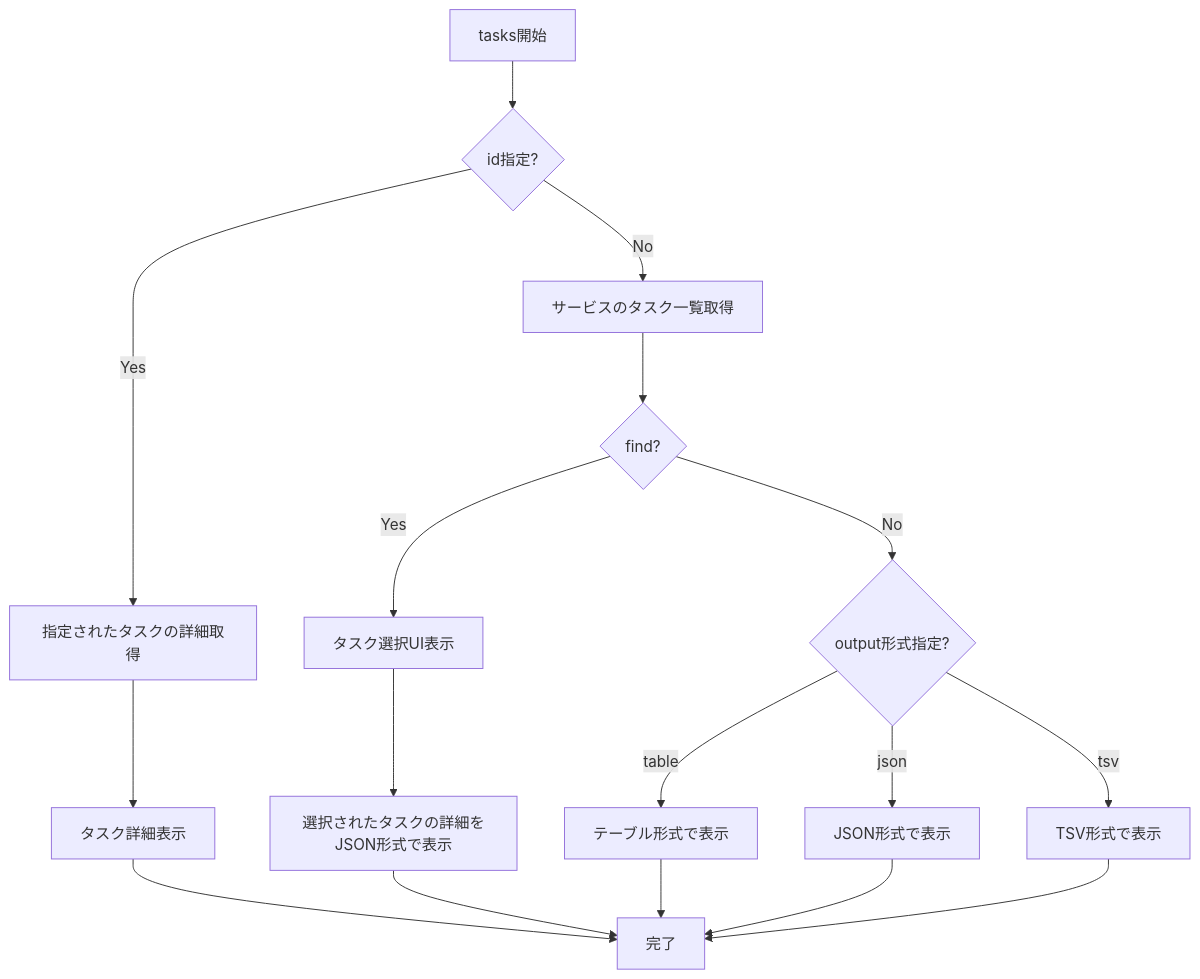
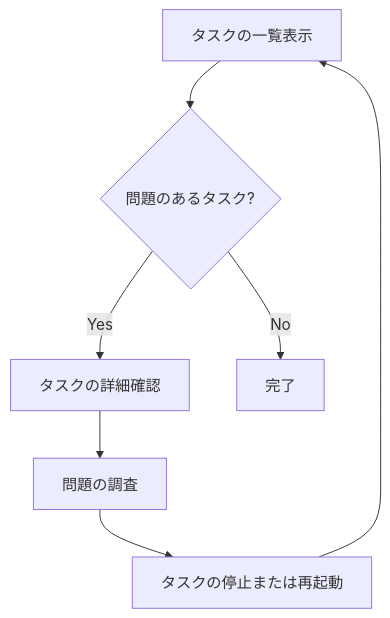
The diagram in ecspresso/commands/tasks.md (bufferings/devin-docs), drawn with Mermaid before and after one commit. The commit also changed other lines of this file and 31 other files, not shown here.

````diff
--- a/ecspresso/commands/tasks.md
+++ b/ecspresso/commands/tasks.md
@@ -61,19 +74,9 @@
 ```mermaid
-graph TD
-    A[tasks開始] --> B{id指定?}
-    B -->|Yes| C[指定されたタスクの詳細取得]
-    B -->|No| D[サービスのタスク一覧取得]
-    C --> E[タスク詳細表示]
-    D --> F{find?}
-    F -->|Yes| G[タスク選択UI表示]
-    F -->|No| H{output形式指定?}
-    G --> I[選択されたタスクの詳細をJSON形式で表示]
-    H -->|table| J[テーブル形式で表示]
-    H -->|json| K[JSON形式で表示]
-    H -->|tsv| L[TSV形式で表示]
-    E --> M[完了]
-    I --> M
-    J --> M
-    K --> M
-    L --> M
+flowchart TD
+    A[タスクの一覧表示] --> B{問題のあるタスク?}
+    B -->|Yes| C[タスクの詳細確認]
+    B -->|No| D[完了]
+    C --> E[問題の調査]
+    E --> F[タスクの停止または再起動]
+    F --> A
 ```
````
